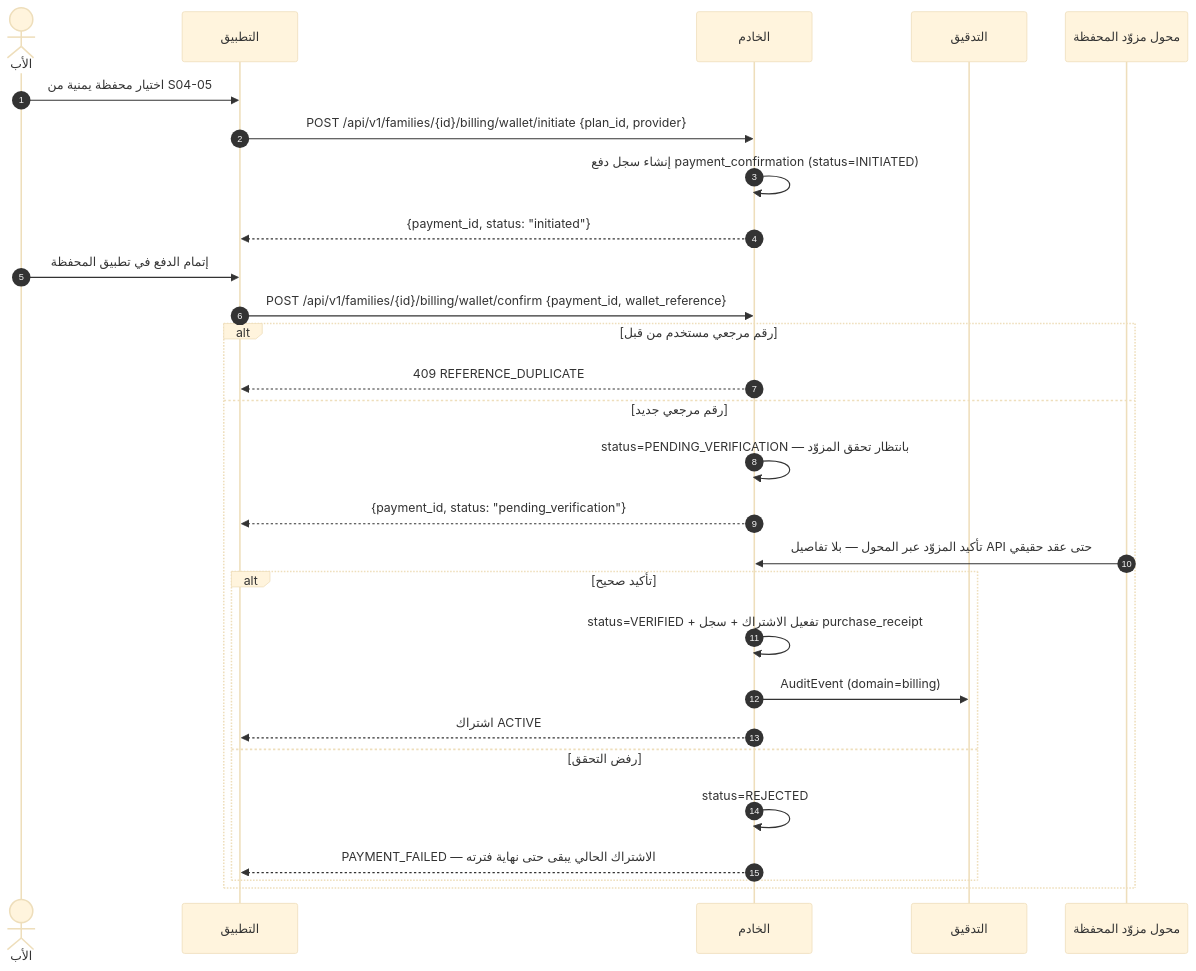
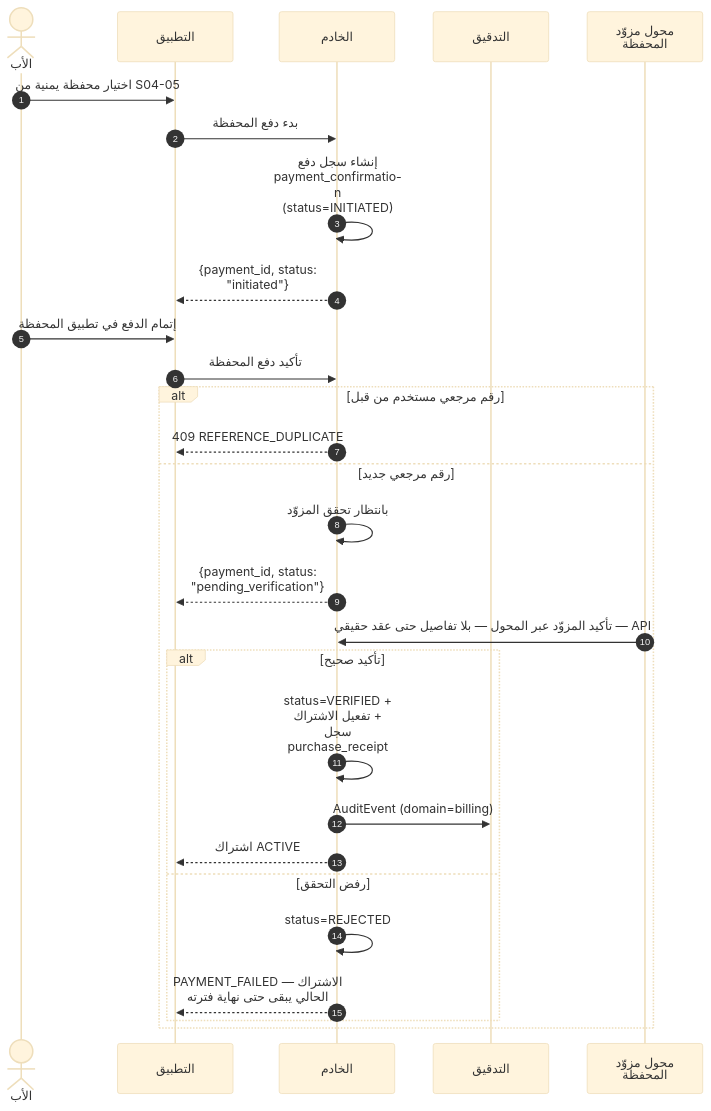
The eighth of 25 diagrams in docs/family-os/governance/phases/phase-1/S1-04-plans-and-subscriptions/DIAGRAMS.md (Bassam-mohammed-alqaeadi/family-os-v2), drawn with Mermaid (base theme) before and after one commit. The commit also changed other lines of this file, not shown here.

````diff
--- a/docs/family-os/governance/phases/phase-1/S1-04-plans-and-subscriptions/DIAGRAMS.md
+++ b/docs/family-os/governance/phases/phase-1/S1-04-plans-and-subscriptions/DIAGRAMS.md
@@ -359,30 +373,31 @@
 ```mermaid
+%%{init: {"sequence": {"wrap": true}}}%%
 sequenceDiagram
     autonumber
     actor Father as الأب
     participant App as التطبيق
     participant Ktor as الخادم
     participant Audit as التدقيق
     participant Adapter as محول مزوّد المحفظة
     Father->>App: اختيار محفظة يمنية من S04-05
-    App->>Ktor: POST /api/v1/families/{id}/billing/wallet/initiate {plan_id, provider}
+    App->>Ktor: بدء دفع المحفظة
     Ktor->>Ktor: إنشاء سجل دفع payment_confirmation (status=INITIATED)
     Ktor-->>App: {payment_id, status: "initiated"}
     Father->>App: إتمام الدفع في تطبيق المحفظة
-    App->>Ktor: POST /api/v1/families/{id}/billing/wallet/confirm {payment_id, wallet_reference}
+    App->>Ktor: تأكيد دفع المحفظة
     alt رقم مرجعي مستخدم من قبل
         Ktor-->>App: 409 REFERENCE_DUPLICATE
     else رقم مرجعي جديد
-        Ktor->>Ktor: status=PENDING_VERIFICATION — بانتظار تحقق المزوّد
+        Ktor->>Ktor: بانتظار تحقق المزوّد
         Ktor-->>App: {payment_id, status: "pending_verification"}
-        Adapter->>Ktor: تأكيد المزوّد عبر المحول — بلا تفاصيل API حتى عقد حقيقي
+        Adapter->>Ktor: تأكيد المزوّد عبر المحول — بلا تفاصيل حتى عقد حقيقي — API
         alt تأكيد صحيح
             Ktor->>Ktor: status=VERIFIED + تفعيل الاشتراك + سجل purchase_receipt
             Ktor->>Audit: AuditEvent (domain=billing)
             Ktor-->>App: اشتراك ACTIVE
         else رفض التحقق
             Ktor->>Ktor: status=REJECTED
             Ktor-->>App: PAYMENT_FAILED — الاشتراك الحالي يبقى حتى نهاية فترته
         end
     end
 ```
````
